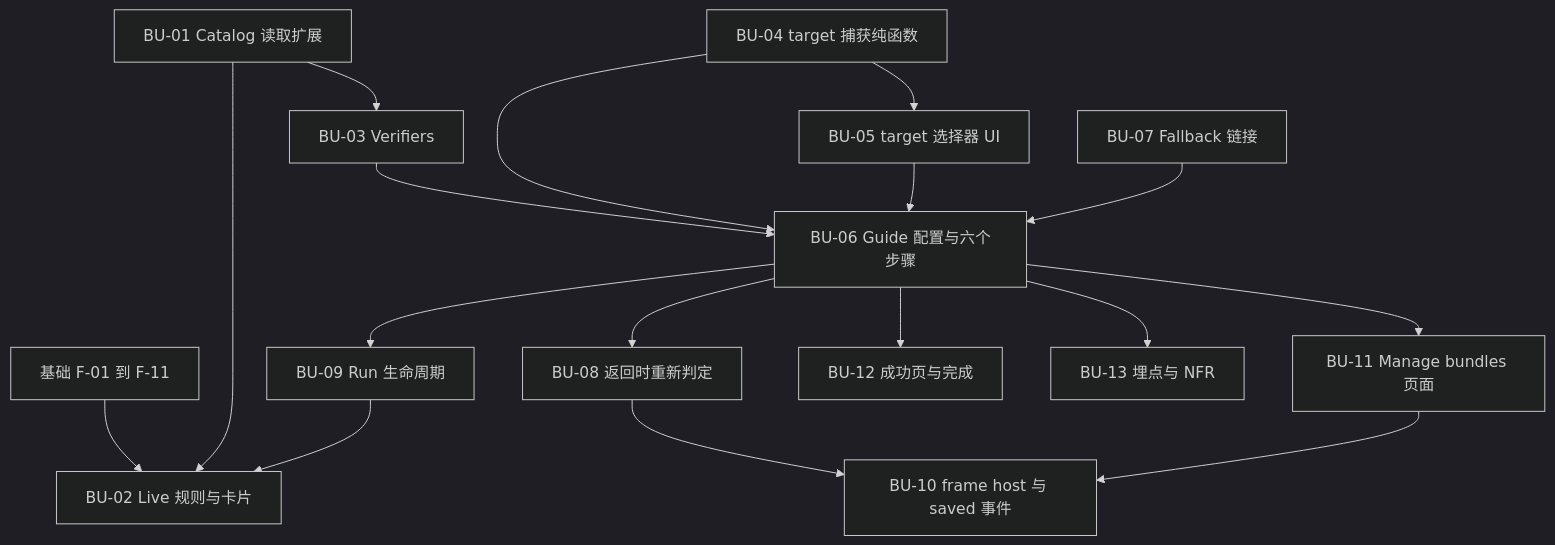
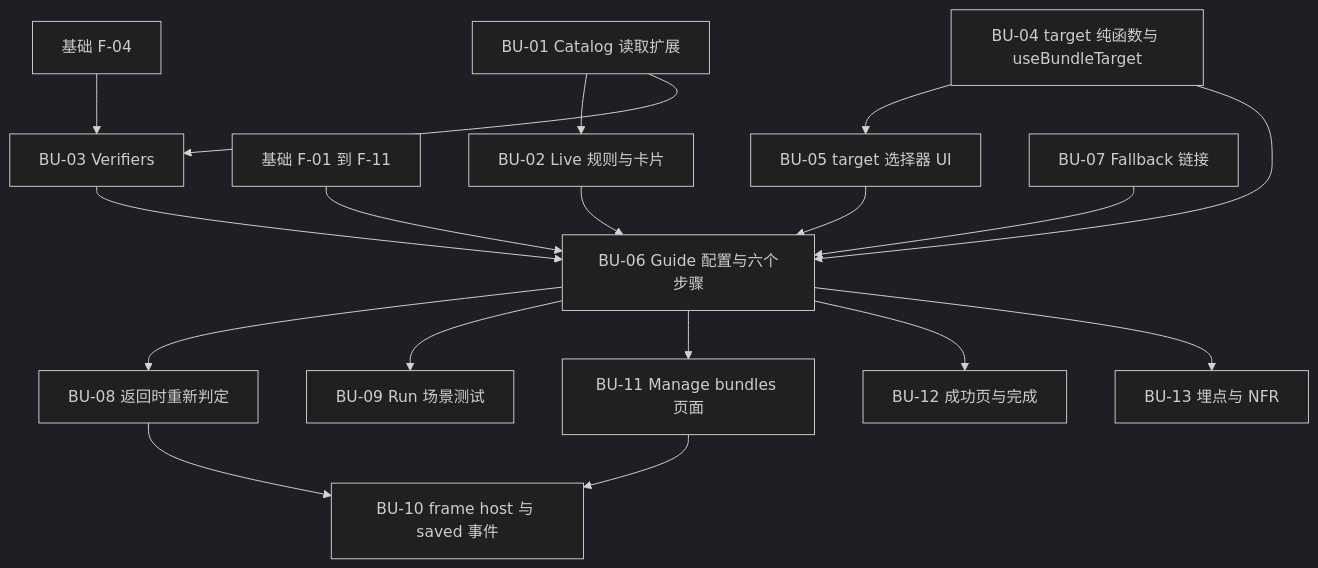
Before and after one commit to whhe-coder/f2p-new-feature: the diagram in bundles-advanced-detail-plan.md, drawn with Mermaid (dark theme). The commit also changed other lines of this file and 2 other files, not shown here.

````diff
--- a/bundles-advanced-detail-plan.md
+++ b/bundles-advanced-detail-plan.md
@@ -22,19 +22,20 @@
 ```mermaid
 flowchart TD
-  F[基础 F-01 到 F-11] --> BU02
+  F4[基础 F-04] --> BU03
+  F[基础 F-01 到 F-11] --> BU06
   BU01[BU-01 Catalog 读取扩展] --> BU02[BU-02 Live 规则与卡片]
   BU01 --> BU03[BU-03 Verifiers]
-  BU04[BU-04 target 捕获纯函数] --> BU05[BU-05 target 选择器 UI]
+  BU04[BU-04 target 纯函数与 useBundleTarget] --> BU05[BU-05 target 选择器 UI]
   BU03 --> BU06[BU-06 Guide 配置与六个步骤]
   BU04 --> BU06
   BU05 --> BU06
   BU07[BU-07 Fallback 链接] --> BU06
   BU06 --> BU08[BU-08 返回时重新判定]
-  BU06 --> BU09[BU-09 Run 生命周期]
-  BU09 --> BU02
+  BU06 --> BU09[BU-09 Run 场景测试]
+  BU02 --> BU06
   BU06 --> BU11[BU-11 Manage bundles 页面]
   BU06 --> BU12[BU-12 成功页与完成]
   BU08 --> BU10[BU-10 frame host 与 saved 事件]
   BU11 --> BU10
   BU06 --> BU13[BU-13 埋点与 NFR]
 ```
````
